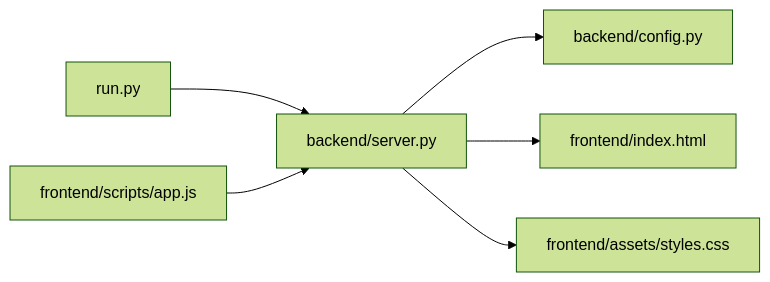
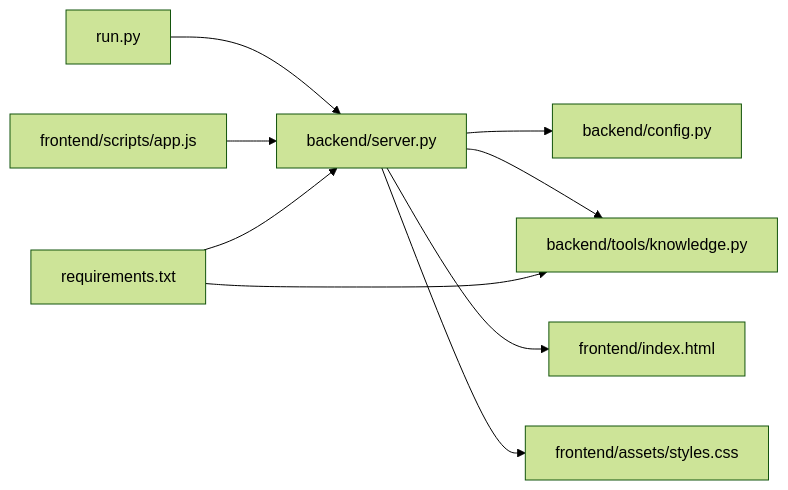
Before and after one commit to Sovetsky-Soyuz/AI-Assistant: the fourth of 4 diagrams in .qoder/repowiki/en/content/System Architecture/Backend Architecture/HTTP Server Implementation/HTTP Server Implementation.md, drawn with Mermaid (forest theme). The commit also changed other lines of this file and 14 other files, not shown here.

````diff
--- a/.qoder/repowiki/en/content/System Architecture/Backend Architecture/HTTP Server Implementation/HTTP Server Implementation.md
+++ b/.qoder/repowiki/en/content/System Architecture/Backend Architecture/HTTP Server Implementation/HTTP Server Implementation.md
@@ -327,8 +247,11 @@
 ```mermaid
 graph LR
 RUN["run.py"] --> SRV["backend/server.py"]
 SRV --> CFG["backend/config.py"]
+SRV --> KNOW["backend/tools/knowledge.py"]
 SRV --> IDX["frontend/index.html"]
 SRV --> CSS["frontend/assets/styles.css"]
 APP["frontend/scripts/app.js"] --> SRV
+REQUIRE["requirements.txt"] --> SRV
+REQUIRE --> KNOW
 ```
````
